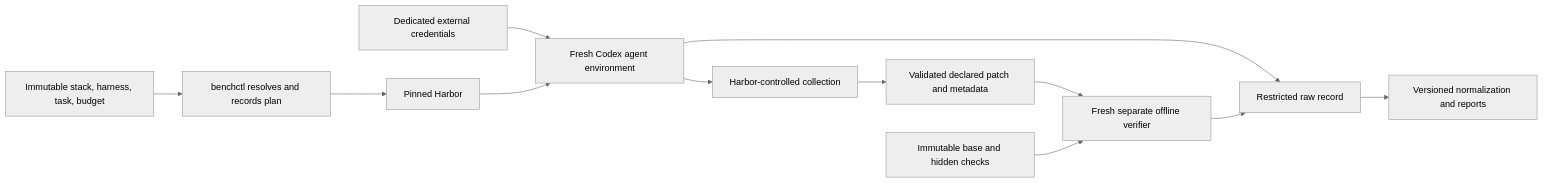
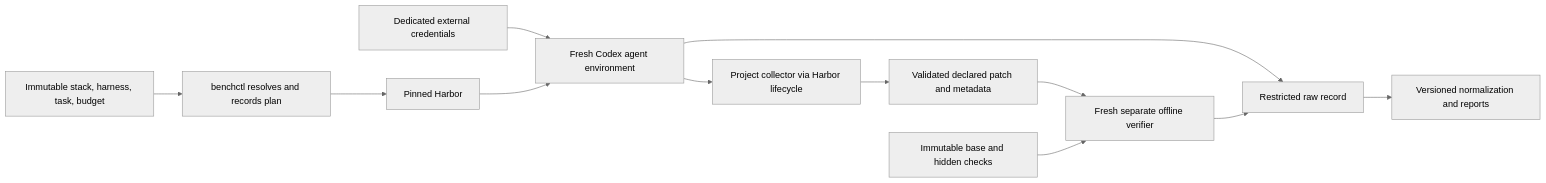
The diagram in docs/architecture.md (Perdolique/harness-bench), drawn with Mermaid (neutral theme) before and after one commit. The commit also changed other lines of this file and 26 other files, not shown here.

First line of the commit message:
docs(architecture): tighten benchmark guardrails

````diff
--- a/docs/architecture.md
+++ b/docs/architecture.md
@@ -30,14 +30,14 @@
 ```mermaid
 flowchart LR
     S[Immutable stack, harness, task, budget] --> B[benchctl resolves and records plan]
     B --> H[Pinned Harbor]
     C[Dedicated external credentials] --> A[Fresh Codex agent environment]
     H --> A
-    A --> K[Harbor-controlled collection]
+    A --> K[Project collector via Harbor lifecycle]
     K --> P[Validated declared patch and metadata]
     P --> V[Fresh separate offline verifier]
     T[Immutable base and hidden checks] --> V
     A --> R[Restricted raw record]
     V --> R
     R --> N[Versioned normalization and reports]
 ```
````
